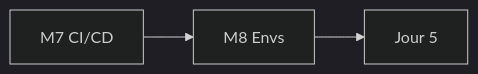
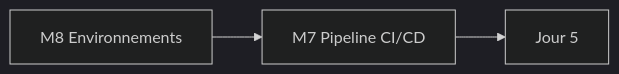
The first of 2 diagrams in courses/day-04/README.md (msellamiTN/data-plateform-iac), drawn with Mermaid (dark theme) before and after one commit. The commit also changed other lines of this file and 142 other files, not shown here.

````diff
--- a/courses/day-04/README.md
+++ b/courses/day-04/README.md
@@ -39,5 +35,5 @@
 ```mermaid
 flowchart LR
-    M7[M7 CI/CD] --> M8[M8 Envs]
-    M8 --> J5[Jour 5]
+    M8[M8 Environnements] --> M7[M7 Pipeline CI/CD]
+    M7 --> J5[Jour 5]
 ```
````
